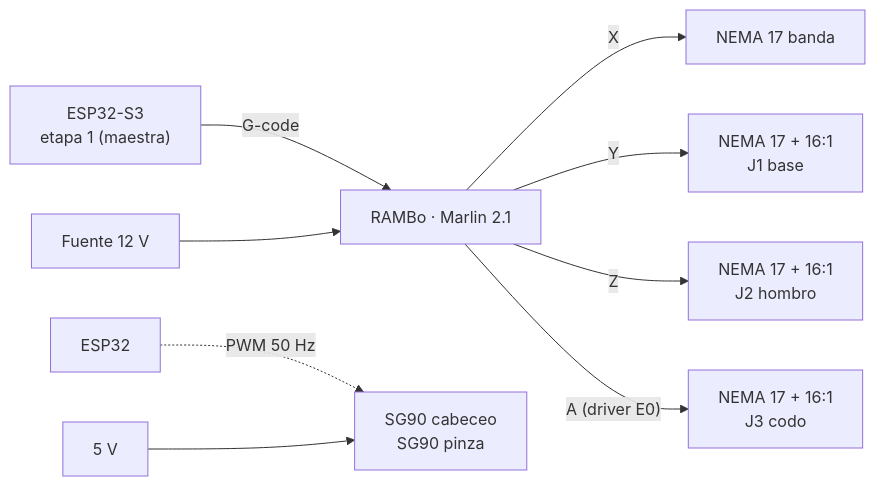
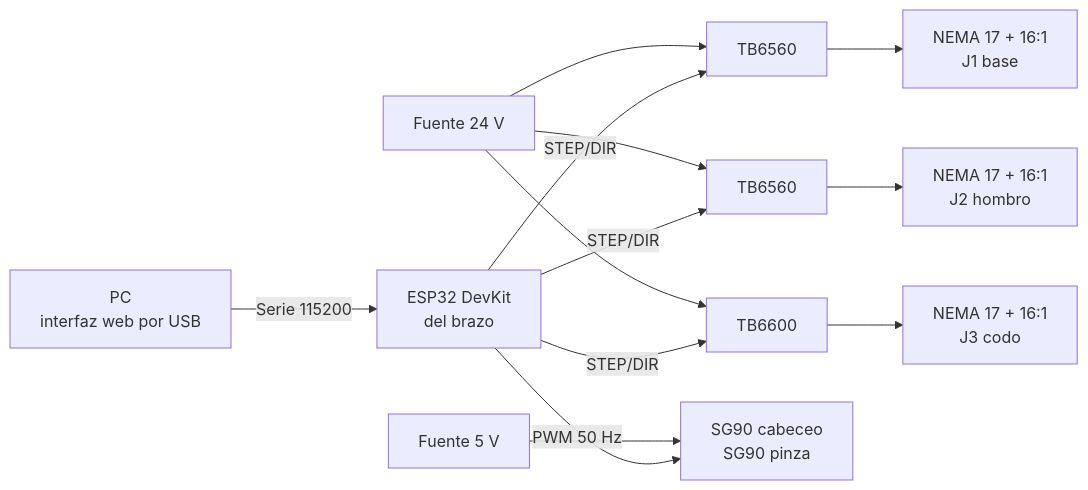
One commit to Johan-C777/coin-sorting-robot-pybullet changed the diagram in docs/13-etapa3-brazo.md. Above: the diagram before and after it, drawn with Mermaid. The commit also changed other lines of this file and 12 other files, not shown here.

Commit message:
Etapa 3: brazo con controlador propio (ESP32 y drivers TB6560/TB6600), comandos de control y video de la banda

````diff
--- a/docs/13-etapa3-brazo.md
+++ b/docs/13-etapa3-brazo.md
@@ -173,11 +168,10 @@
 ```mermaid
 flowchart LR
-    S3["ESP32-S3<br/>etapa 1 (maestra)"] -- "G-code" --> R["RAMBo · Marlin 2.1"]
-    R -- X --> B["NEMA 17 banda"]
-    R -- Y --> J1["NEMA 17 + 16:1<br/>J1 base"]
-    R -- Z --> J2["NEMA 17 + 16:1<br/>J2 hombro"]
-    R -- "A (driver E0)" --> J3["NEMA 17 + 16:1<br/>J3 codo"]
-    E32["ESP32"] -. "PWM 50 Hz" .-> SV["SG90 cabeceo<br/>SG90 pinza"]
-    F12["Fuente 12 V"] --> R
-    F5["5 V"] --> SV
+    PC["PC<br/>interfaz web por USB"] -- "Serie 115200" --> E["ESP32 DevKit<br/>del brazo"]
+    E -- "STEP/DIR" --> D1["TB6560"] --> J1["NEMA 17 + 16:1<br/>J1 base"]
+    E -- "STEP/DIR" --> D2["TB6560"] --> J2["NEMA 17 + 16:1<br/>J2 hombro"]
+    E -- "STEP/DIR" --> D3["TB6600"] --> J3["NEMA 17 + 16:1<br/>J3 codo"]
+    E -- "PWM 50 Hz" --> SV["SG90 cabeceo<br/>SG90 pinza"]
+    F24["Fuente 24 V"] --> D1 & D2 & D3
+    F5["Fuente 5 V"] --> SV
 ```
````
